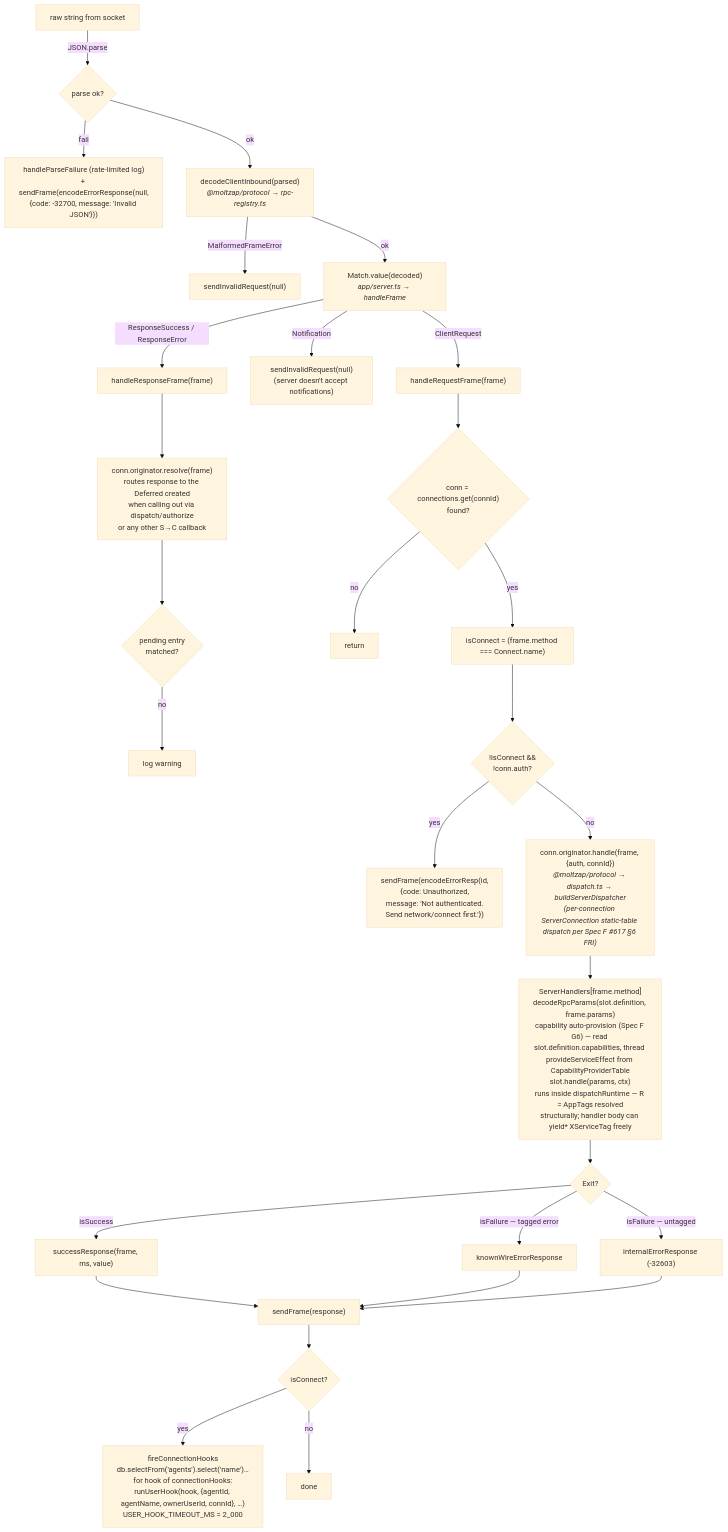
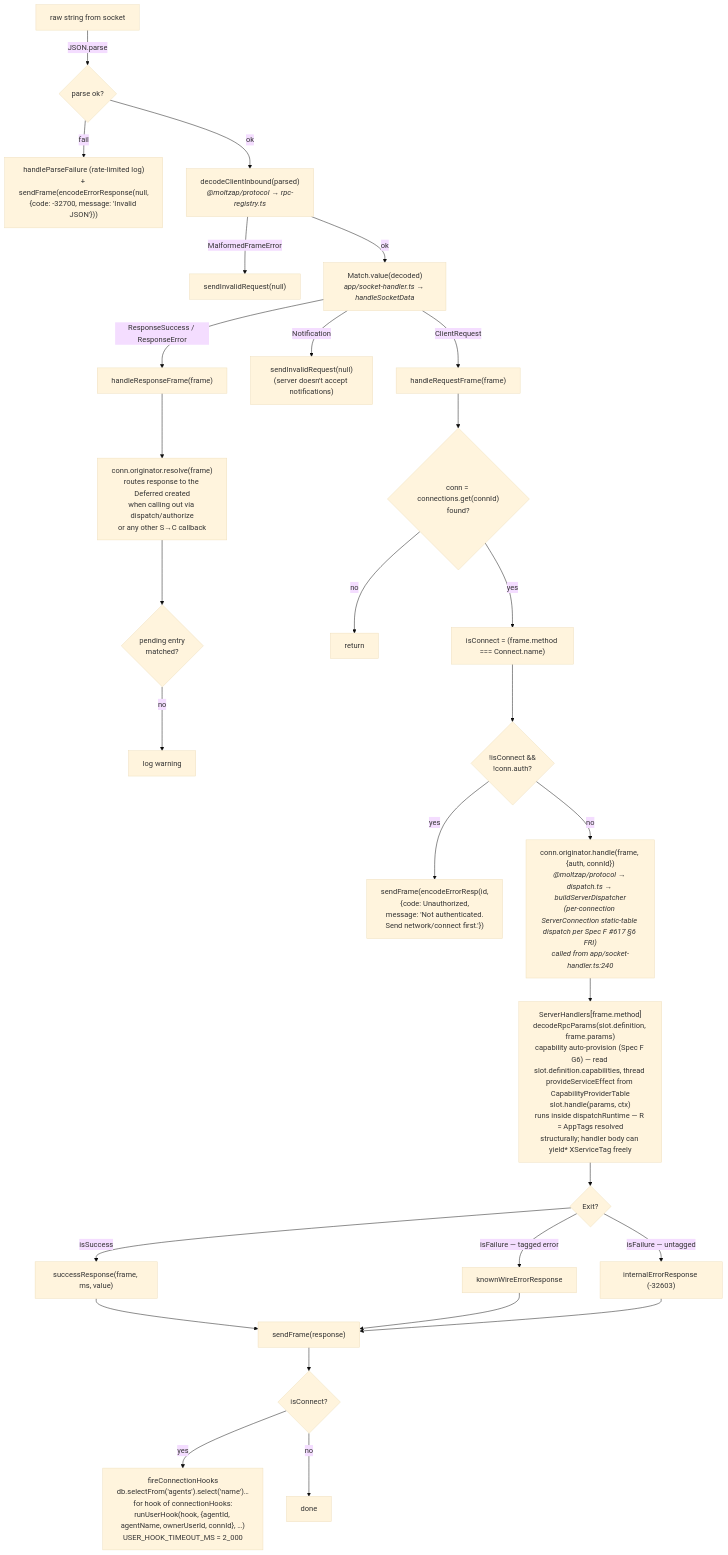
Before and after one commit to chughtapan/moltzap: the diagram in packages/server/docs/architecture/03-request-response-handling.md, drawn with Mermaid (base theme). The commit also changed other lines of this file and 22 other files, not shown here.

First line of the commit message:
docs: clean up 27 architecture-doc staleness findings

````diff
--- a/packages/server/docs/architecture/03-request-response-handling.md
+++ b/packages/server/docs/architecture/03-request-response-handling.md
@@ -8,39 +12,39 @@
 ```mermaid
 flowchart TD
     A["raw string from socket"]
     A -->|"JSON.parse"| B{"parse ok?"}
     B -->|"fail"| B1["handleParseFailure (rate-limited log)<br/>+ sendFrame(encodeErrorResponse(null,<br/>{code: -32700, message: 'Invalid JSON'}))"]
     B -->|"ok"| C["decodeClientInbound(parsed)<br/><i>@moltzap/protocol → rpc-registry.ts</i>"]
     C -->|"MalformedFrameError"| C1["sendInvalidRequest(null)"]
-    C -->|"ok"| D["Match.value(decoded)<br/><i>app/server.ts → handleFrame</i>"]
+    C -->|"ok"| D["Match.value(decoded)<br/><i>app/socket-handler.ts → handleSocketData</i>"]
 
     D -->|"ResponseSuccess / ResponseError"| E["handleResponseFrame(frame)"]
     D -->|"Notification"| D1["sendInvalidRequest(null)<br/>(server doesn't accept notifications)"]
     D -->|"ClientRequest"| F["handleRequestFrame(frame)"]
 
     E --> E1["conn.originator.resolve(frame)<br/>routes response to the Deferred created<br/>when calling out via dispatch/authorize<br/>or any other S→C callback"]
     E1 --> E2{"pending entry<br/>matched?"}
     E2 -->|"no"| E3["log warning"]
 
     F --> F1{"conn = connections.get(connId)<br/>found?"}
     F1 -->|"no"| F1a["return"]
     F1 -->|"yes"| F2["isConnect = (frame.method === Connect.name)"]
     F2 --> F3{"!isConnect &&<br/>!conn.auth?"}
     F3 -->|"yes"| F3a["sendFrame(encodeErrorResp(id,<br/>{code: Unauthorized,<br/>message: 'Not authenticated.<br/>Send network/connect first.'})"]
-    F3 -->|"no"| F4["conn.originator.handle(frame, {auth, connId})<br/><i>@moltzap/protocol → dispatch.ts → buildServerDispatcher<br/>(per-connection ServerConnection static-table dispatch per Spec F #617 §6 FRI)</i>"]
+    F3 -->|"no"| F4["conn.originator.handle(frame, {auth, connId})<br/><i>@moltzap/protocol → dispatch.ts → buildServerDispatcher<br/>(per-connection ServerConnection static-table dispatch per Spec F #617 §6 FRI)<br/>called from app/socket-handler.ts:240</i>"]
 
     F4 --> F5["ServerHandlers[frame.method]<br/>decodeRpcParams(slot.definition, frame.params)<br/>capability auto-provision (Spec F G6) — read slot.definition.capabilities, thread provideServiceEffect from CapabilityProviderTable<br/>slot.handle(params, ctx)<br/>runs inside dispatchRuntime — R = AppTags resolved<br/>structurally; handler body can yield* XServiceTag freely"]
 
     F5 --> F6{"Exit?"}
     F6 -->|"isSuccess"| F6a["successResponse(frame, ms, value)"]
     F6 -->|"isFailure — tagged error"| F6b["knownWireErrorResponse"]
     F6 -->|"isFailure — untagged"| F6c["internalErrorResponse (-32603)"]
 
     F6a --> G["sendFrame(response)"]
     F6b --> G
     F6c --> G
 
     G --> H{"isConnect?"}
     H -->|"yes"| I["fireConnectionHooks<br/>db.selectFrom('agents').select('name')…<br/>for hook of connectionHooks:<br/>runUserHook(hook, {agentId, agentName, ownerUserId, connId}, …)<br/>USER_HOOK_TIMEOUT_MS = 2_000"]
     H -->|"no"| J["done"]
 ```
````
